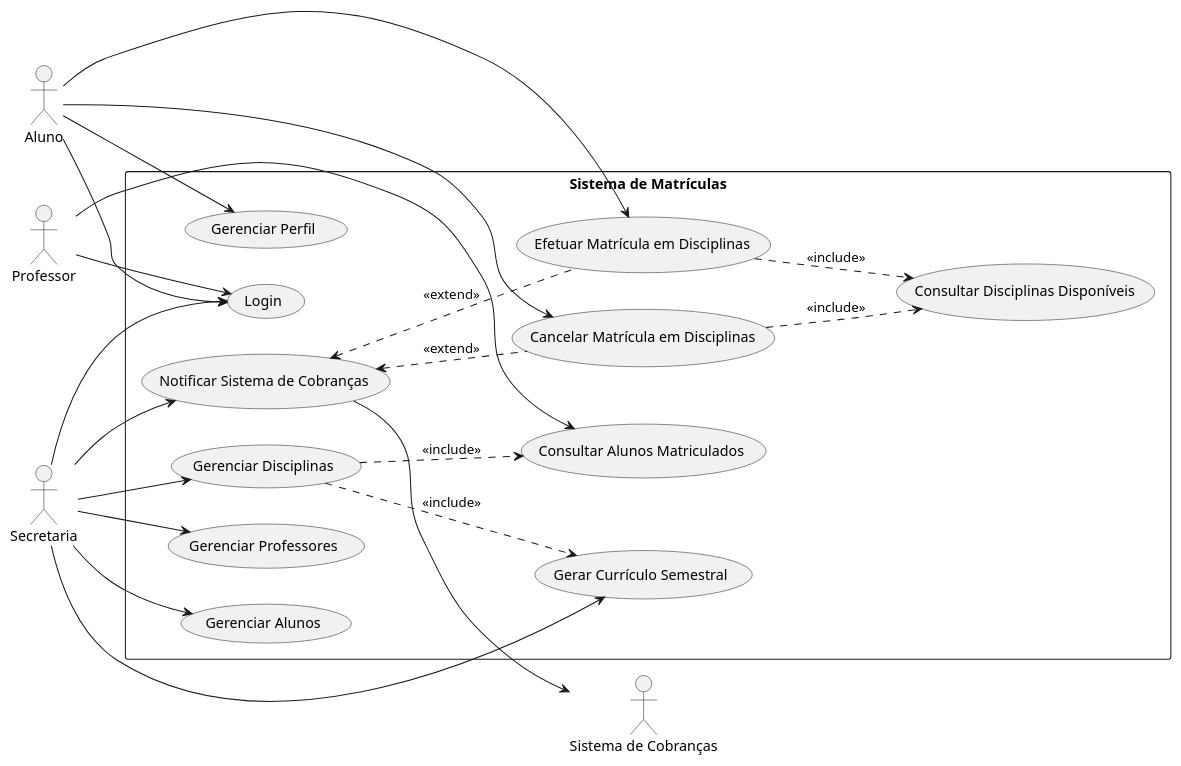
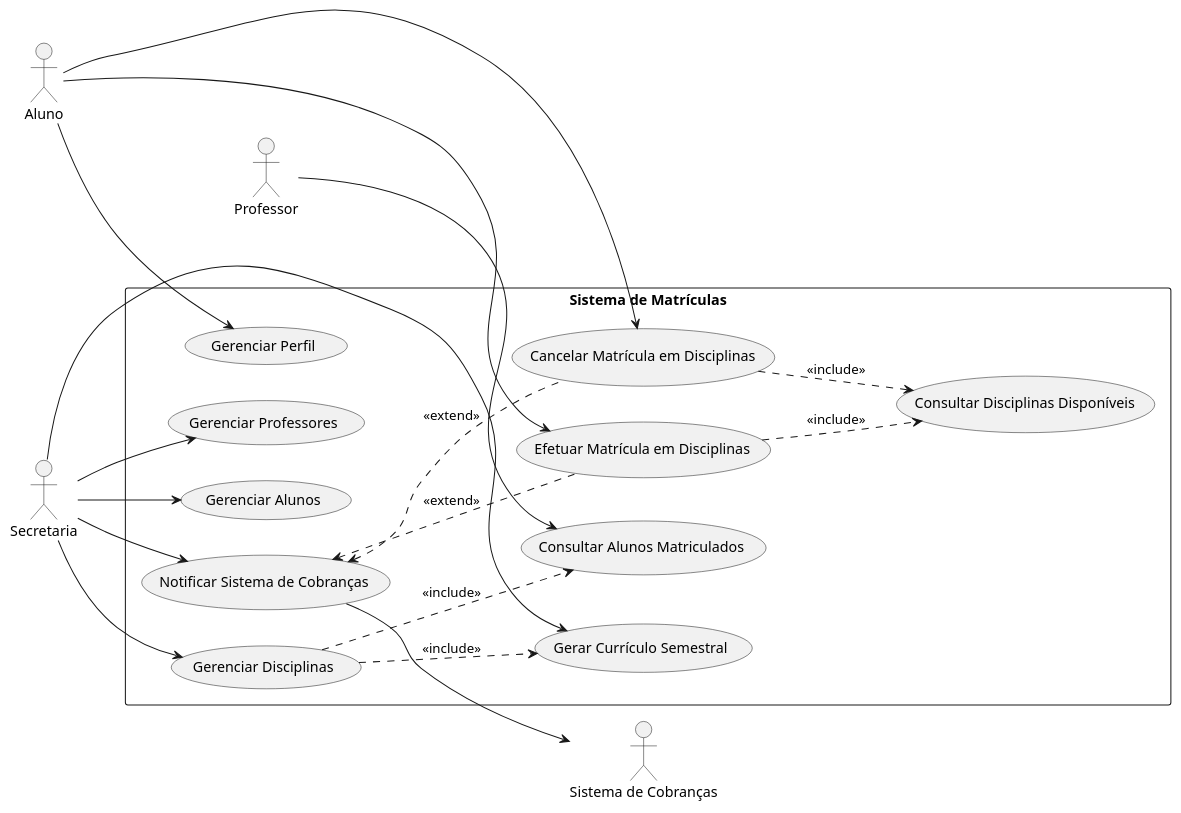
The diagram in project/code/Caso de Uso.puml (ChristianoRuvi/LaboratorioDS), drawn with PlantUML before and after one commit. The commit also changed 9 other files, not shown here.

```diff
--- a/project/code/Caso de Uso.puml
+++ b/project/code/Caso de Uso.puml
@@ -1,47 +1,47 @@
 @startuml
 left to right direction
 
 actor "Aluno" as aluno
 actor "Professor" as professor
 actor "Secretaria" as secretaria
 actor "Sistema de Cobranças" as cobrancas
 
 rectangle "Sistema de Matrículas" {
-    usecase "Login" as UC1
+
     usecase "Gerenciar Perfil" as UC2
     usecase "Efetuar Matrícula em Disciplinas" as UC3
     usecase "Cancelar Matrícula em Disciplinas" as UC4
     usecase "Consultar Disciplinas Disponíveis" as UC5
     usecase "Consultar Alunos Matriculados" as UC6
     usecase "Gerenciar Disciplinas" as UC7
     usecase "Gerenciar Professores" as UC8
     usecase "Gerenciar Alunos" as UC9
     usecase "Gerar Currículo Semestral" as UC10
     usecase "Notificar Sistema de Cobranças" as UC11
 }
 
-aluno --> UC1
+
 aluno --> UC2
 aluno --> UC3
 aluno --> UC4
 
-professor --> UC1
+
 professor --> UC6
 
-secretaria --> UC1
+
 secretaria --> UC7
 secretaria --> UC8
 secretaria --> UC9
 secretaria --> UC10
 secretaria --> UC11
 
 UC11 --> cobrancas
 
 UC3 ..> UC5 : <<include>>
 UC4 ..> UC5 : <<include>>
 UC7 ..> UC10 : <<include>>
 UC7 ..> UC6 : <<include>>
 UC11 <.. UC3 : <<extend>>
 UC11 <.. UC4 : <<extend>>
 
 @enduml
```
